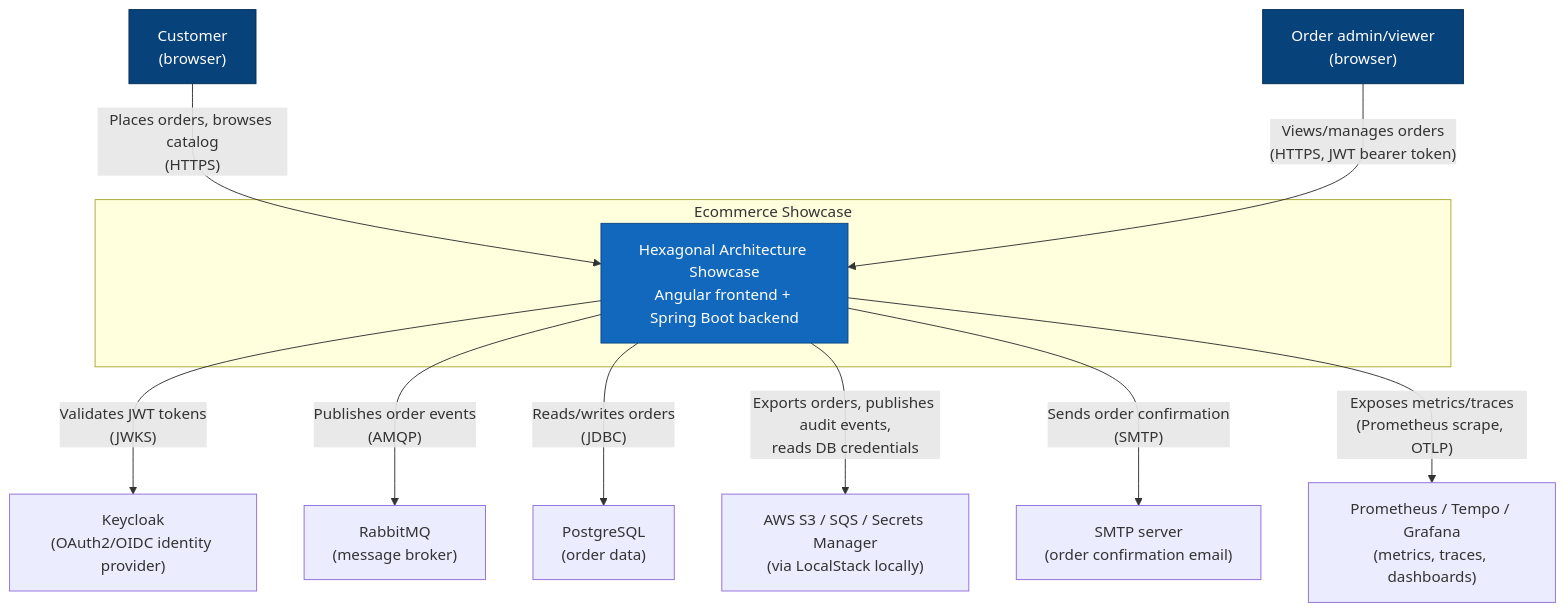
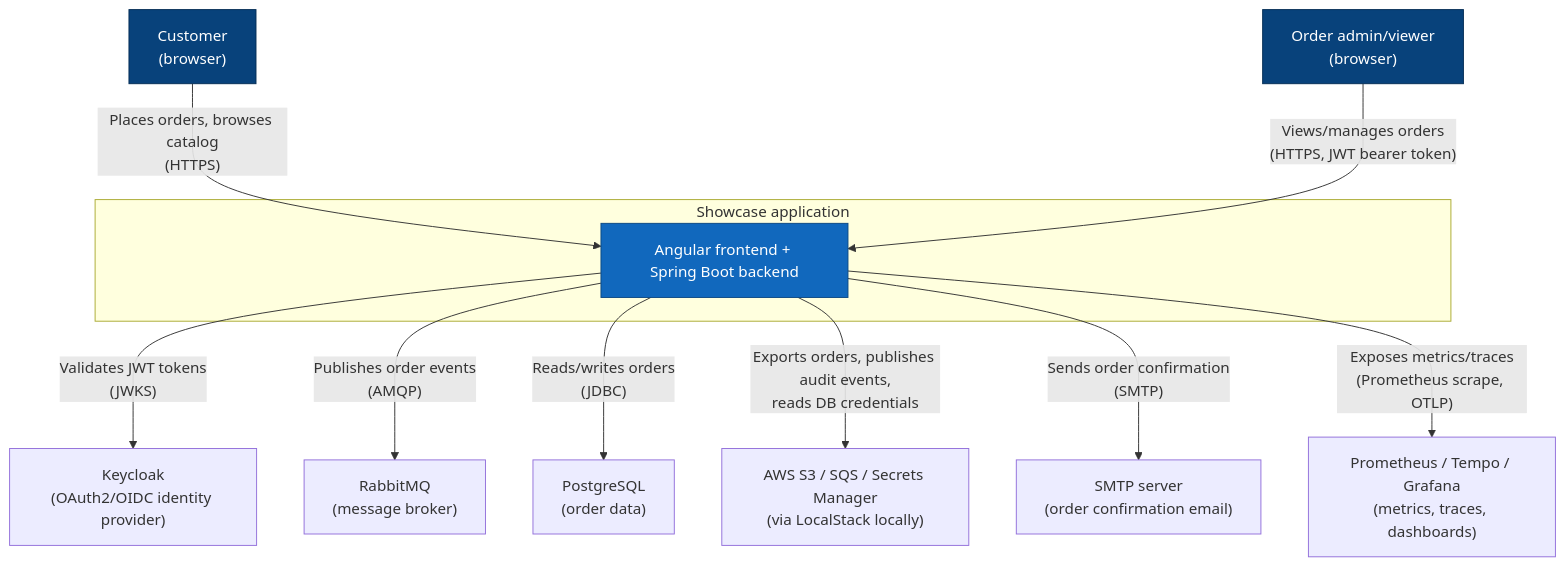
One commit to user99987/hexagonal-architecture-showcase changed the first of 3 diagrams in docs/architecture/README.md. Above: the diagram before and after it, drawn with Mermaid. The commit also changed 25 other files, not shown here.

````diff
--- a/docs/architecture/README.md
+++ b/docs/architecture/README.md
@@ -11,29 +11,29 @@
 ```mermaid
 graph TB
     customer["Customer<br/>(browser)"]
     admin["Order admin/viewer<br/>(browser)"]
 
-    subgraph system["Ecommerce Showcase"]
-        app["Hexagonal Architecture Showcase<br/>Angular frontend + Spring Boot backend"]
+    subgraph system["Showcase application"]
+        app["Angular frontend + Spring Boot backend"]
     end
 
     keycloak["Keycloak<br/>(OAuth2/OIDC identity provider)"]
     rabbitmq["RabbitMQ<br/>(message broker)"]
     postgres["PostgreSQL<br/>(order data)"]
     aws["AWS S3 / SQS / Secrets Manager<br/>(via LocalStack locally)"]
     observability["Prometheus / Tempo / Grafana<br/>(metrics, traces, dashboards)"]
     smtp["SMTP server<br/>(order confirmation email)"]
 
     customer -->|"Places orders, browses catalog<br/>(HTTPS)"| app
     admin -->|"Views/manages orders<br/>(HTTPS, JWT bearer token)"| app
     app -->|"Validates JWT tokens<br/>(JWKS)"| keycloak
     app -->|"Publishes order events<br/>(AMQP)"| rabbitmq
     app -->|"Reads/writes orders<br/>(JDBC)"| postgres
     app -->|"Exports orders, publishes audit events,<br/>reads DB credentials"| aws
     app -->|"Sends order confirmation<br/>(SMTP)"| smtp
     app -->|"Exposes metrics/traces<br/>(Prometheus scrape, OTLP)"| observability
 
     style app fill:#1168bd,stroke:#0b4884,color:#fff
     style customer fill:#08427b,stroke:#052e56,color:#fff
     style admin fill:#08427b,stroke:#052e56,color:#fff
 ```
````
